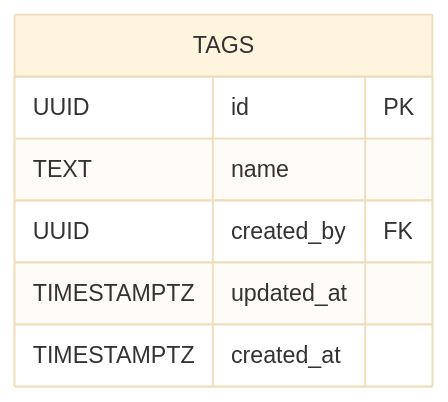
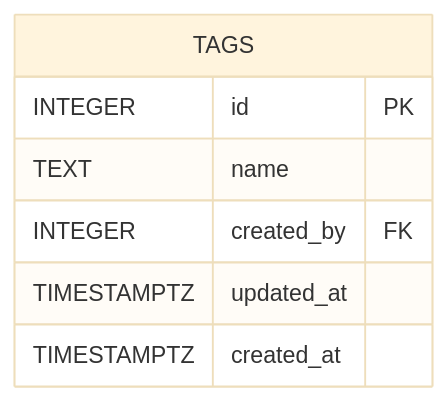
The tenth of 11 diagrams in db/normalized/relations.md (go-park-mail-ru/2025_2_FiveCode), drawn with Mermaid (base theme) before and after one commit. The commit also changed other lines of this file and 2 other files, not shown here.

Commit message:
add trigger, update er and relations

````diff
--- a/db/normalized/relations.md
+++ b/db/normalized/relations.md
@@ -285,10 +286,10 @@
 ```mermaid
 erDiagram
   TAGS {
-    UUID id PK
+    INTEGER id PK
     TEXT name 
-    UUID created_by FK
+    INTEGER created_by FK
     TIMESTAMPTZ updated_at
     TIMESTAMPTZ created_at
   }
 ```
````
